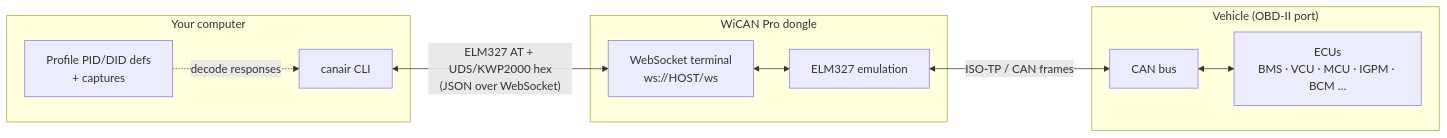
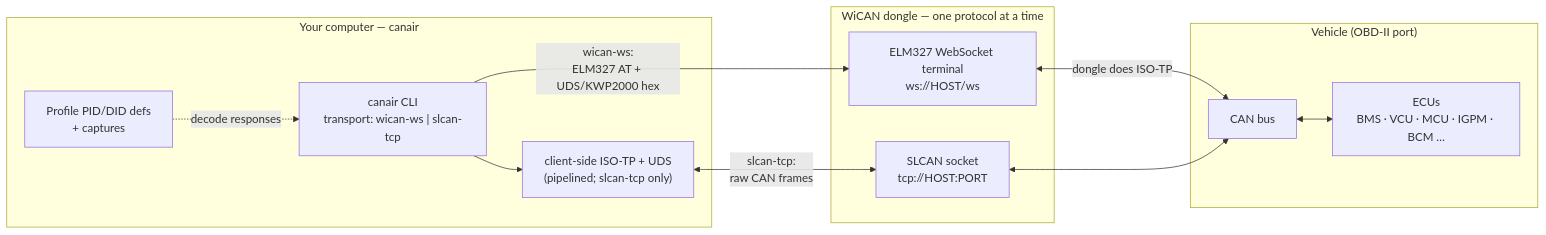
Before and after one commit to philipkocanda/canair: the diagram in README.md, drawn with Mermaid. The commit also changed other lines of this file, not shown here.

First line of the commit message:
docs: update architecture diagram for the two transports

````diff
--- a/README.md
+++ b/README.md
@@ -416,23 +424,26 @@
 ```mermaid
 flowchart LR
-    subgraph host["Your computer"]
-        cli["canair CLI"]
+    subgraph host["Your computer — canair"]
+        cli["canair CLI<br/>transport: wican-ws | slcan-tcp"]
         defs["Profile PID/DID defs<br/>+ captures"]
+        isotp["client-side ISO-TP + UDS<br/>(pipelined; slcan-tcp only)"]
     end
 
-    subgraph wican["WiCAN Pro dongle"]
-        ws["WebSocket terminal<br/>ws://HOST/ws"]
-        elm["ELM327 emulation"]
+    subgraph wican["WiCAN dongle — one protocol at a time"]
+        ws["ELM327 WebSocket terminal<br/>ws://HOST/ws"]
+        slcan["SLCAN socket<br/>tcp://HOST:PORT"]
     end
 
     subgraph car["Vehicle (OBD-II port)"]
         bus["CAN bus"]
         ecus["ECUs<br/>BMS · VCU · MCU · IGPM · BCM …"]
     end
 
-    cli <-->|"ELM327 AT + UDS/KWP2000 hex<br/>(JSON over WebSocket)"| ws
-    ws <--> elm
-    elm <-->|"ISO-TP / CAN frames"| bus
+    cli -->|"wican-ws:<br/>ELM327 AT + UDS/KWP2000 hex"| ws
+    cli --> isotp
+    isotp <-->|"slcan-tcp:<br/>raw CAN frames"| slcan
+    ws <-->|"dongle does ISO-TP"| bus
+    slcan <--> bus
     bus <--> ecus
     defs -.->|"decode responses"| cli
 ```
````
